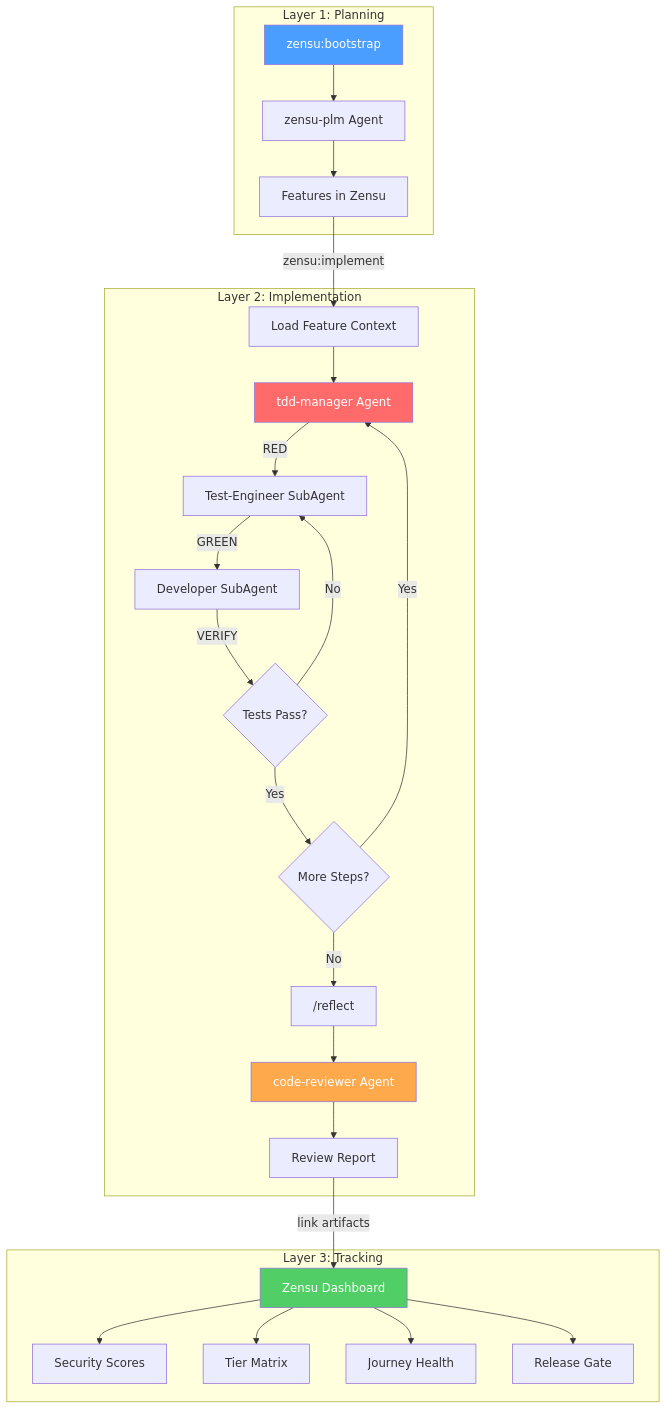
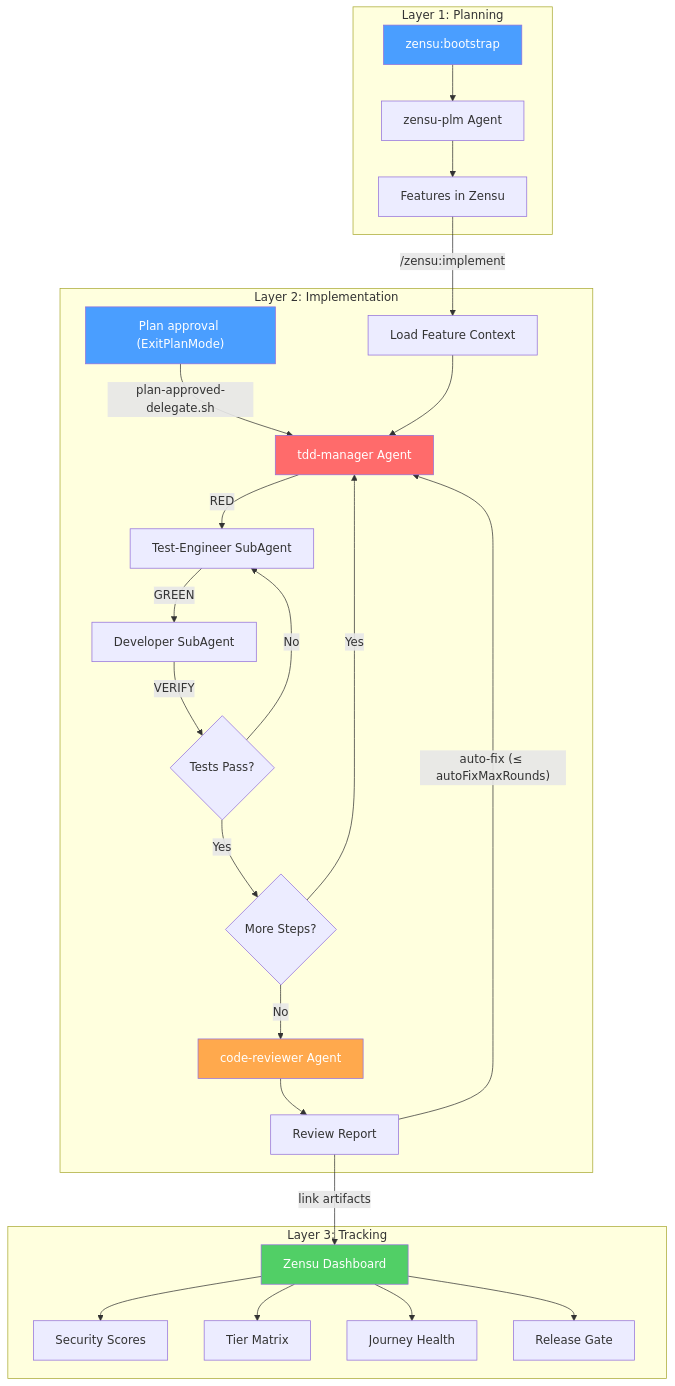
Before and after one commit to MKITConsulting/zensu-claude-code: the diagram in README.md, drawn with Mermaid. The commit also changed other lines of this file and 2 other files, not shown here.

First line of the commit message:
docs: refresh README workflow chart and remove stale /reflect references

````diff
--- a/README.md
+++ b/README.md
@@ -25,34 +25,36 @@
 ```mermaid
 flowchart TD
     subgraph Planning["Layer 1: Planning"]
         A["zensu:bootstrap"] --> B["zensu-plm Agent"]
         B --> C["Features in Zensu"]
     end
 
     subgraph Implementation["Layer 2: Implementation"]
-        C -->|"zensu:implement"| D["Load Feature Context"]
+        C -->|"/zensu:implement"| D["Load Feature Context"]
+        PLAN["Plan approval (ExitPlanMode)"] -->|"plan-approved-delegate.sh"| E
         D --> E["tdd-manager Agent"]
         E -->|"RED"| F["Test-Engineer SubAgent"]
         F -->|"GREEN"| G["Developer SubAgent"]
         G -->|"VERIFY"| H{"Tests Pass?"}
         H -->|"No"| F
         H -->|"Yes"| I{"More Steps?"}
         I -->|"Yes"| E
-        I -->|"No"| J["/reflect"]
-        J --> K["code-reviewer Agent"]
+        I -->|"No"| K["code-reviewer Agent"]
         K --> L["Review Report"]
+        L -->|"auto-fix (≤ autoFixMaxRounds)"| E
     end
 
     subgraph Tracking["Layer 3: Tracking"]
         L -->|"link artifacts"| M["Zensu Dashboard"]
         M --> N["Security Scores"]
         M --> O["Tier Matrix"]
         M --> P["Journey Health"]
         M --> Q["Release Gate"]
     end
 
     style A fill:#4a9eff,color:#fff
+    style PLAN fill:#4a9eff,color:#fff
     style E fill:#ff6b6b,color:#fff
     style K fill:#ffa94d,color:#fff
     style M fill:#51cf66,color:#fff
 ```
````
